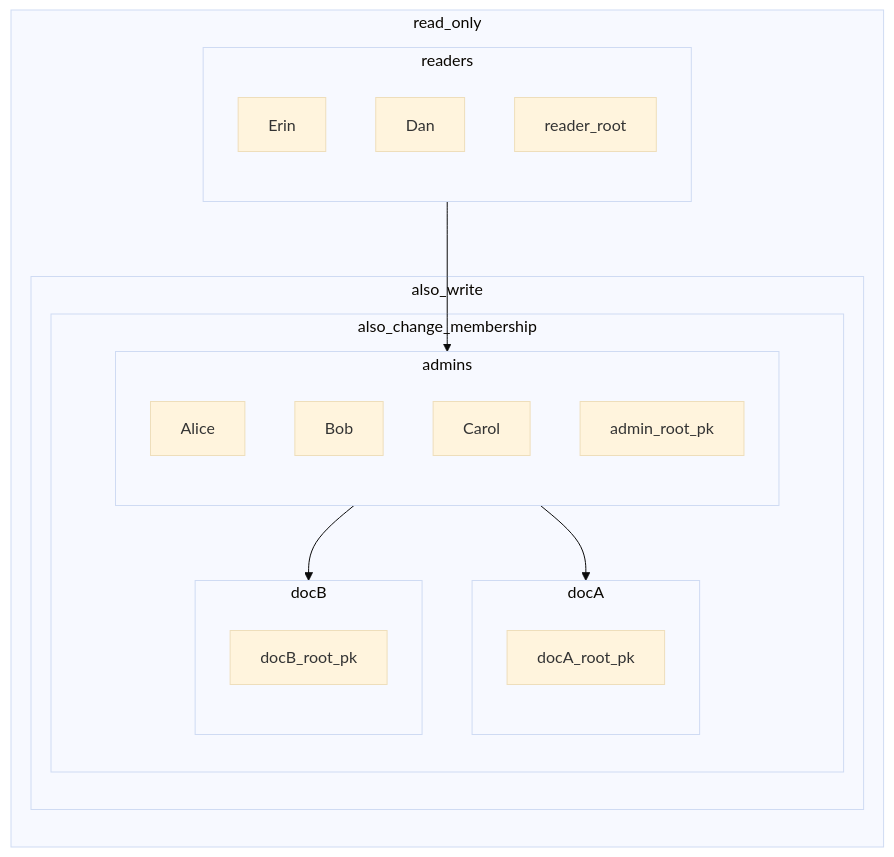
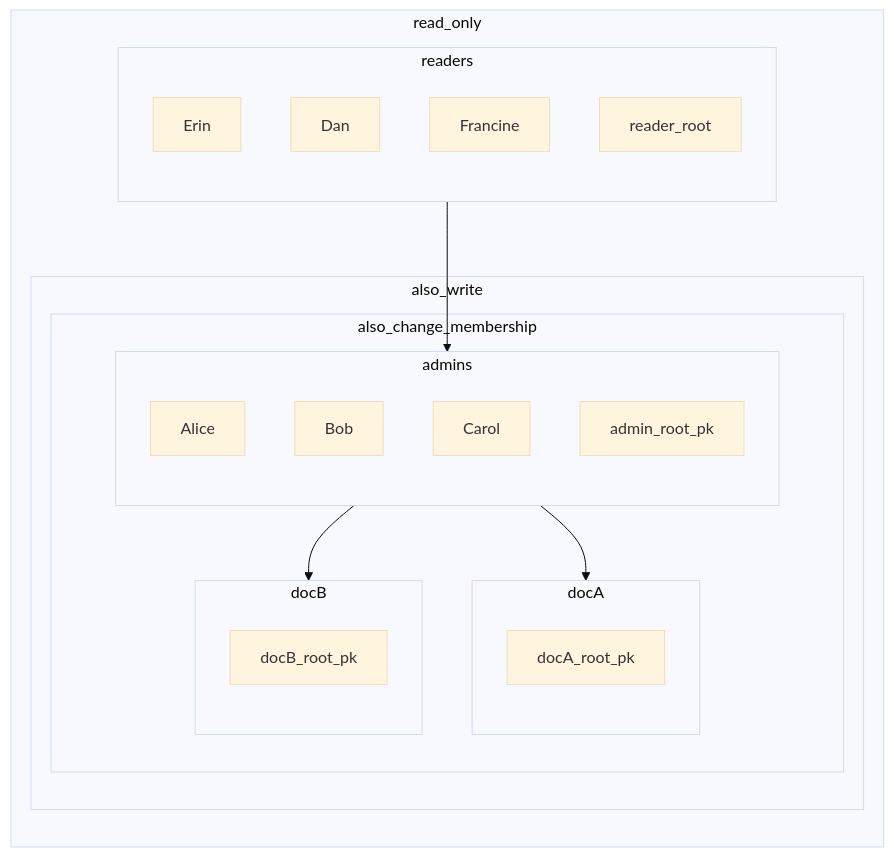
The third of 3 diagrams in design/group_membership.md (inkandswitch/keyhive), drawn with Mermaid (base theme) before and after one commit. The commit also changed other lines of this file, not shown here.

````diff
--- a/design/group_membership.md
+++ b/design/group_membership.md
@@ -116,46 +117,47 @@
 ```mermaid
 flowchart TB
     subgraph read_only
         direction TB
 
         subgraph readers
             direction TB
 
             Erin
             Dan
+            Francine
 
             reader_root
         end
 
         subgraph also_write
             subgraph also_change_membership
                 subgraph admins
                     direction TB
 
                     Alice
                     Bob
                     Carol
 
                     admin_root_pk
                 end
 
                 subgraph docA
                     direction TB
 
                     docA_root_pk
                 end
 
                 subgraph docB
                     direction TB
 
                     docB_root_pk
                 end
             end
         end
     end
 
     admins --> docA
     admins --> docB
 
     readers --> admins
 ```
````
